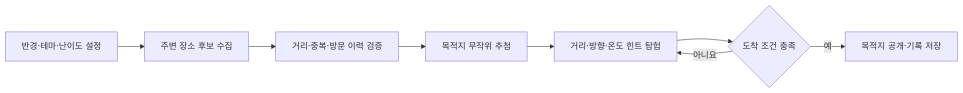
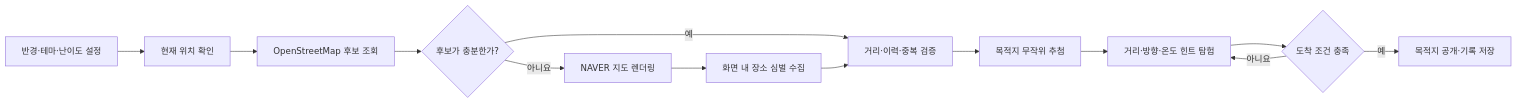
Before and after one commit to chlqudco/RandomTour: the first of 2 diagrams in README.md, drawn with Mermaid. The commit also changed other lines of this file and 10 other files, not shown here.

```diff
--- a/README.md
+++ b/README.md
@@ -32,10 +35,15 @@
 ~~~mermaid
 flowchart LR
-    A[반경·테마·난이도 설정] --> B[주변 장소 후보 수집]
-    B --> C[거리·중복·방문 이력 검증]
-    C --> D[목적지 무작위 추첨]
-    D --> E[거리·방향·온도 힌트 탐험]
-    E --> F{도착 조건 충족}
-    F -->|아니요| E
-    F -->|예| G[목적지 공개·기록 저장]
+    A[반경·테마·난이도 설정] --> B[현재 위치 확인]
+    B --> C[OpenStreetMap 후보 조회]
+    C --> D{후보가 충분한가?}
+    D -->|아니요| E[NAVER 지도 렌더링]
+    E --> F[화면 내 장소 심벌 수집]
+    D -->|예| G[거리·이력·중복 검증]
+    F --> G
+    G --> H[목적지 무작위 추첨]
+    H --> I[거리·방향·온도 힌트 탐험]
+    I --> J{도착 조건 충족}
+    J -->|아니요| I
+    J -->|예| K[목적지 공개·기록 저장]
 ~~~
```
